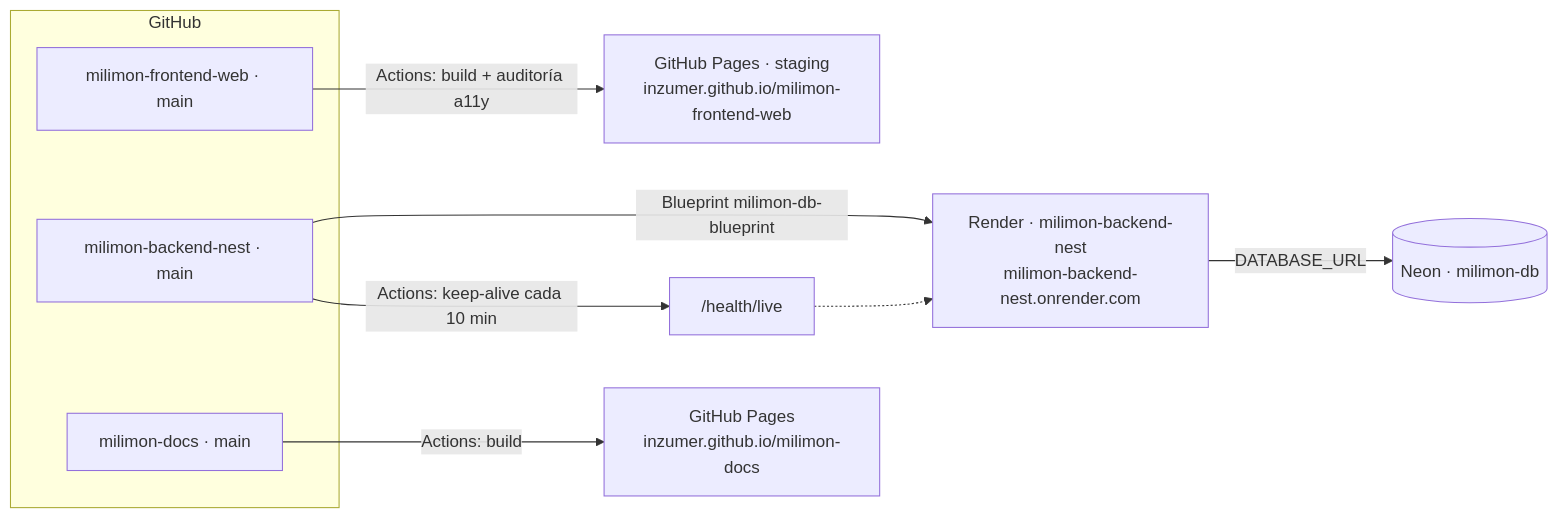
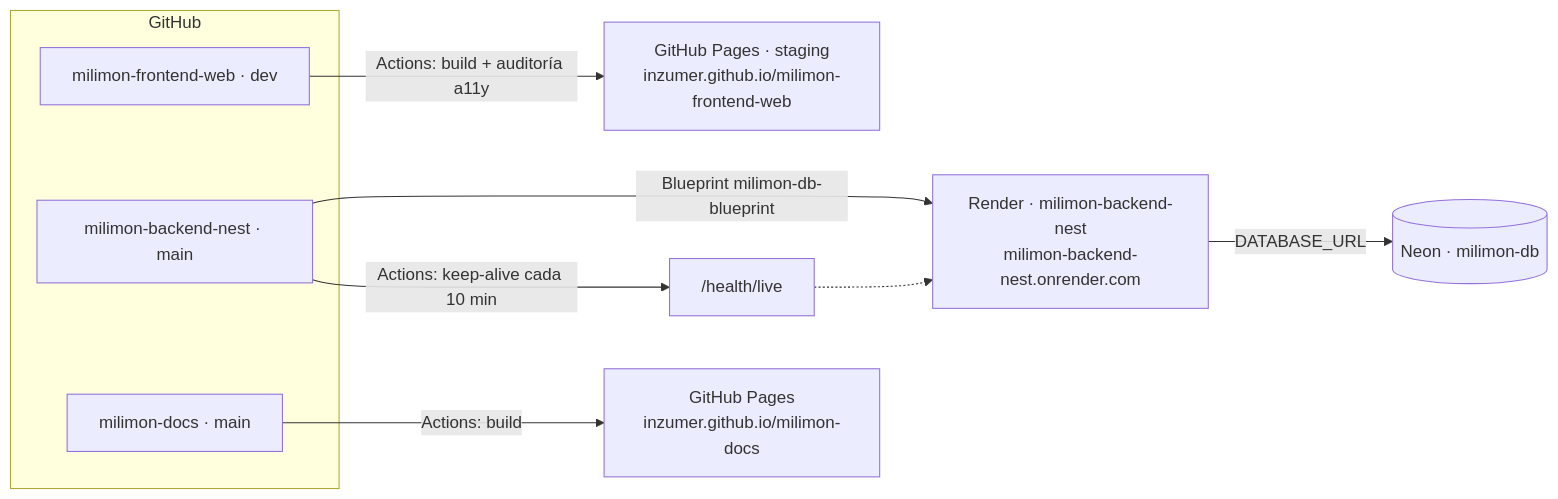
One commit to inzumer/milimon-docs changed the diagram in src/content/docs/arquitectura/despliegue.md. Above: the diagram before and after it, drawn with Mermaid. The commit also changed other lines of this file and 1 other file, not shown here.

Commit message:
docs: staging deploys dev; the agenda shows the next stable release

````diff
--- a/src/content/docs/arquitectura/despliegue.md
+++ b/src/content/docs/arquitectura/despliegue.md
@@ -8,14 +8,14 @@
 ```mermaid
 flowchart LR
   subgraph repos[GitHub]
-    web[milimon-frontend-web · main]
+    web[milimon-frontend-web · dev]
     api[milimon-backend-nest · main]
     docs[milimon-docs · main]
   end
   web -- "Actions: build + auditoría a11y" --> pages[GitHub Pages · staging<br/>inzumer.github.io/milimon-frontend-web]
   api -- "Blueprint milimon-db-blueprint" --> render[Render · milimon-backend-nest<br/>milimon-backend-nest.onrender.com]
   render -- DATABASE_URL --> neon[(Neon · milimon-db)]
   api -- "Actions: keep-alive cada 10 min" --> live["/health/live"]
   live -.-> render
   docs -- "Actions: build" --> docsPages[GitHub Pages<br/>inzumer.github.io/milimon-docs]
 ```
````
